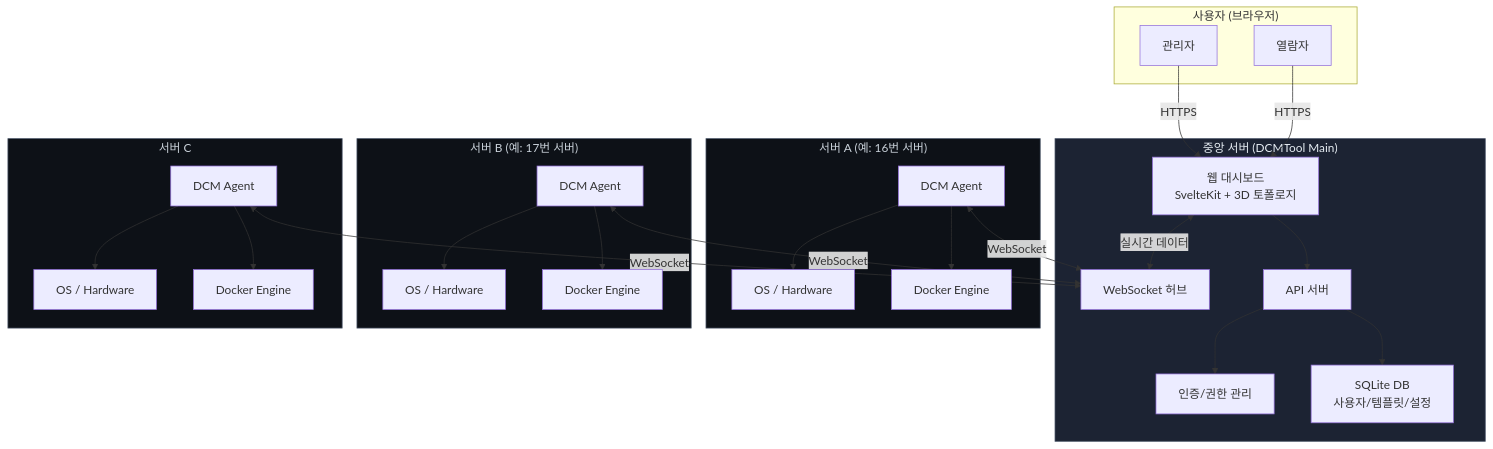
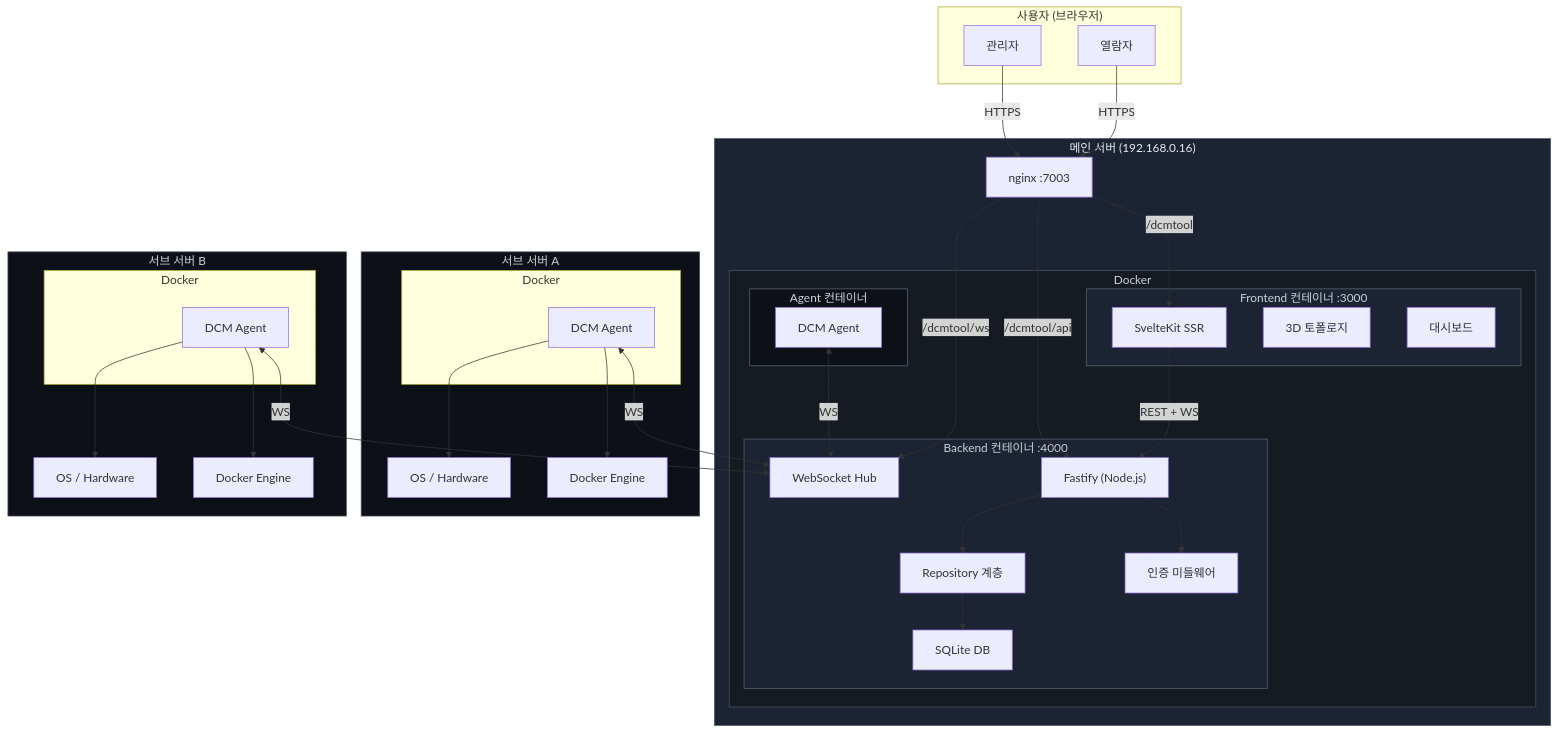
The first of 11 diagrams in docs/to-be-architecture.md (qkr7287/HyperCube), drawn with Mermaid before and after one commit. The commit also changed other lines of this file, not shown here.

First line of the commit message:
docs: restructure to-be architecture with separated containers

````diff
--- a/docs/to-be-architecture.md
+++ b/docs/to-be-architecture.md
@@ -19,55 +19,73 @@
 ```mermaid
 graph TB
     subgraph 사용자["사용자 (브라우저)"]
         Admin["관리자"]
         Viewer["열람자"]
     end
 
-    subgraph Central["중앙 서버 (DCMTool Main)"]
-        Web["웹 대시보드<br/>SvelteKit + 3D 토폴로지"]
-        API["API 서버"]
-        WS["WebSocket 허브"]
-        DB["SQLite DB<br/>사용자/템플릿/설정"]
-        Auth["인증/권한 관리"]
+    subgraph MainServer["메인 서버 (192.168.0.16)"]
+        Nginx["nginx :7003"]
+
+        subgraph DockerMain["Docker"]
+            subgraph FE["Frontend 컨테이너 :3000"]
+                SvelteKit["SvelteKit SSR"]
+                Topo["3D 토폴로지"]
+                Dashboard["대시보드"]
+            end
+
+            subgraph BE["Backend 컨테이너 :4000"]
+                Fastify["Fastify (Node.js)"]
+                WSHub["WebSocket Hub"]
+                AuthMW["인증 미들웨어"]
+                Repo["Repository 계층"]
+                SQLite["SQLite DB"]
+            end
+
+            subgraph AgentMain["Agent 컨테이너"]
+                AgentM["DCM Agent"]
+            end
+        end
     end
 
-    subgraph Server1["서버 A (예: 16번 서버)"]
-        Agent1["DCM Agent"]
+    subgraph SubServer1["서브 서버 A"]
+        subgraph DockerSub1["Docker"]
+            Agent1["DCM Agent"]
+        end
         Docker1["Docker Engine"]
         System1["OS / Hardware"]
     end
 
-    subgraph Server2["서버 B (예: 17번 서버)"]
-        Agent2["DCM Agent"]
+    subgraph SubServer2["서브 서버 B"]
+        subgraph DockerSub2["Docker"]
+            Agent2["DCM Agent"]
+        end
         Docker2["Docker Engine"]
         System2["OS / Hardware"]
     end
 
-    subgraph Server3["서버 C"]
-        Agent3["DCM Agent"]
-        Docker3["Docker Engine"]
-        System3["OS / Hardware"]
-    end
+    Admin & Viewer -->|HTTPS| Nginx
+    Nginx -->|"/dcmtool"| SvelteKit
+    Nginx -->|"/dcmtool/api"| Fastify
+    Nginx -->|"/dcmtool/ws"| WSHub
 
-    Admin & Viewer -->|HTTPS| Web
-    Web --> API
-    Web <-->|실시간 데이터| WS
-    API --> DB
-    API --> Auth
+    SvelteKit -->|REST + WS| Fastify
+    Fastify --> AuthMW
+    Fastify --> Repo --> SQLite
 
-    Agent1 <-->|WebSocket| WS
-    Agent2 <-->|WebSocket| WS
-    Agent3 <-->|WebSocket| WS
+    AgentM <-->|WS| WSHub
+    Agent1 <-->|WS| WSHub
+    Agent2 <-->|WS| WSHub
 
     Agent1 --> Docker1
     Agent1 --> System1
     Agent2 --> Docker2
     Agent2 --> System2
-    Agent3 --> Docker3
-    Agent3 --> System3
 
-    style Central fill:#1c2333,stroke:#4a5568,color:#e6edf3
-    style Server1 fill:#0d1117,stroke:#4a5568,color:#c9d1d9
-    style Server2 fill:#0d1117,stroke:#4a5568,color:#c9d1d9
-    style Server3 fill:#0d1117,stroke:#4a5568,color:#c9d1d9
+    style MainServer fill:#1c2333,stroke:#4a5568,color:#e6edf3
+    style DockerMain fill:#161b22,stroke:#4a5568,color:#c9d1d9
+    style FE fill:#1c2333,stroke:#586474,color:#c9d1d9
+    style BE fill:#1c2333,stroke:#586474,color:#c9d1d9
+    style AgentMain fill:#0d1117,stroke:#586474,color:#c9d1d9
+    style SubServer1 fill:#0d1117,stroke:#4a5568,color:#c9d1d9
+    style SubServer2 fill:#0d1117,stroke:#4a5568,color:#c9d1d9
 ```
````
